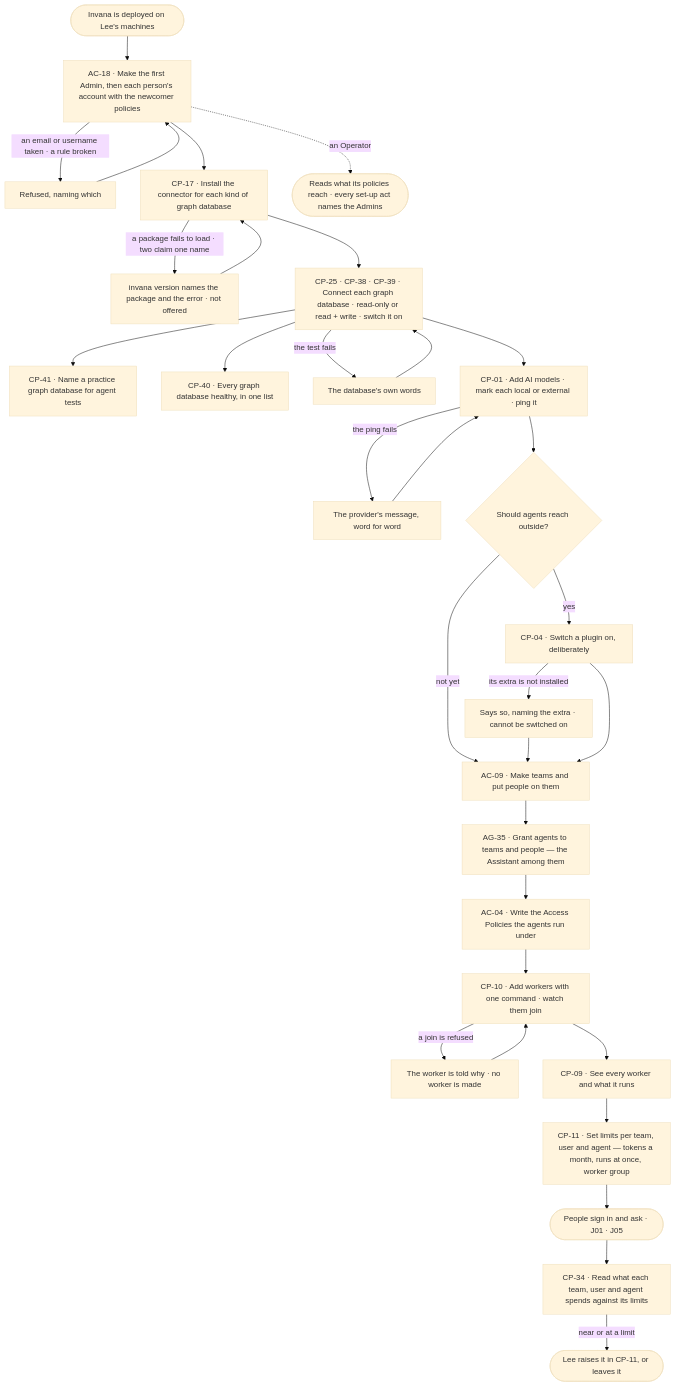
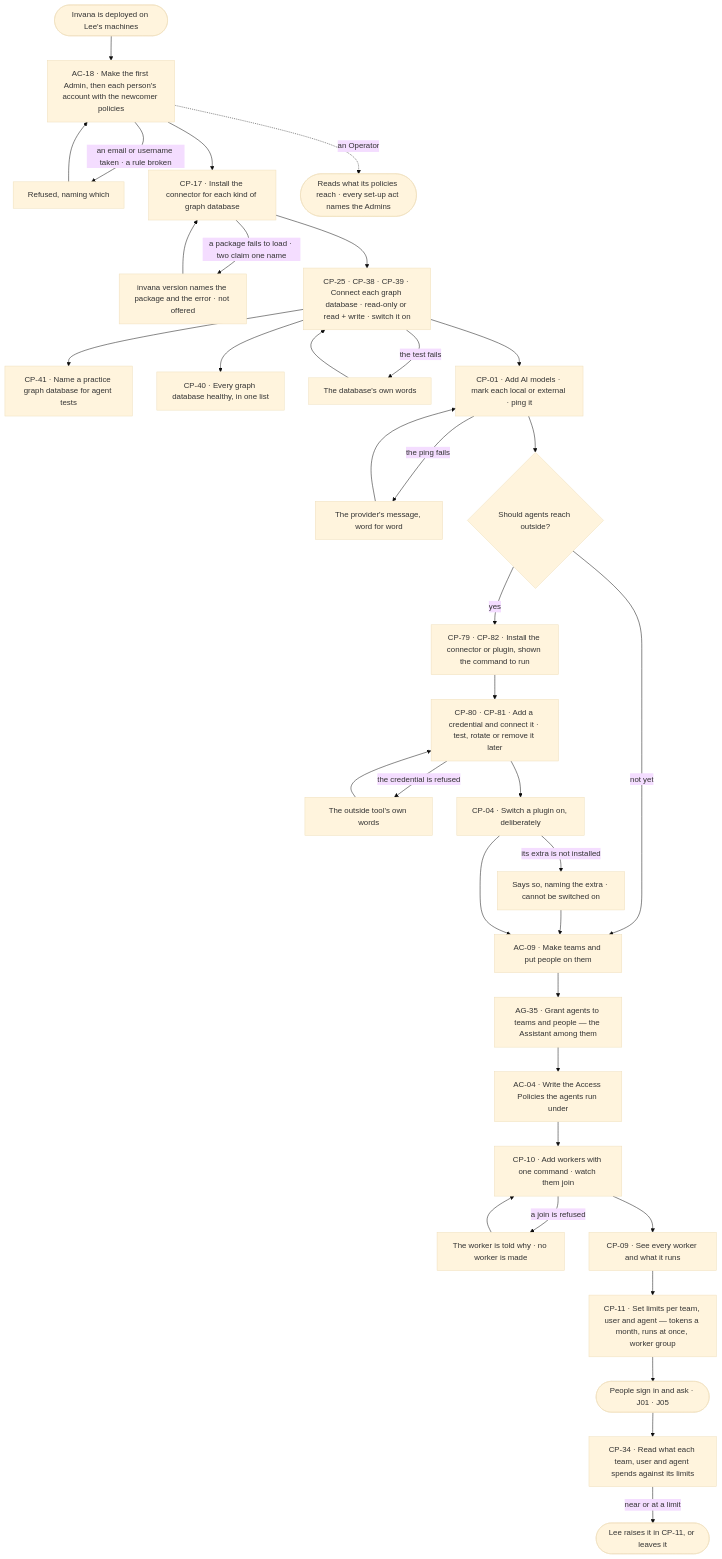
One commit to invana/invana changed the diagram in specs/journeys/J07-ready-a-deployment.md. Above: the diagram before and after it, drawn with Mermaid (base theme). The commit also changed other lines of this file and 25 other files, not shown here.

````diff
--- a/specs/journeys/J07-ready-a-deployment.md
+++ b/specs/journeys/J07-ready-a-deployment.md
@@ -17,28 +17,31 @@
 ```mermaid
 flowchart TD
   A([Invana is deployed on Lee's machines]) --> B["AC-18 · Make the first Admin, then each person's account with the newcomer policies"]
   B -->|an email or username taken · a rule broken| B1["Refused, naming which"] --> B
   B --> C["CP-17 · Install the connector for each kind of graph database"]
   C -->|a package fails to load · two claim one name| C1["invana version names the package and the error · not offered"] --> C
   C --> D["CP-25 · CP-38 · CP-39 · Connect each graph database · read-only or read + write · switch it on"]
   D --> D2["CP-41 · Name a practice graph database for agent tests"]
   D --> D3["CP-40 · Every graph database healthy, in one list"]
   D -->|the test fails| D1["The database's own words"] --> D
   D --> E["CP-01 · Add AI models · mark each local or external · ping it"]
   E -->|the ping fails| E1["The provider's message, word for word"] --> E
   E --> F{"Should agents reach outside?"}
-  F -->|yes| F2["CP-04 · Switch a plugin on, deliberately"]
+  F -->|yes| F1["CP-79 · CP-82 · Install the connector or plugin, shown the command to run"]
   F -->|not yet| T
+  F1 --> F4["CP-80 · CP-81 · Add a credential and connect it · test, rotate or remove it later"]
+  F4 -->|the credential is refused| F5["The outside tool's own words"] --> F4
+  F4 --> F2["CP-04 · Switch a plugin on, deliberately"]
   F2 -->|its extra is not installed| F3["Says so, naming the extra · cannot be switched on"] --> T
   F2 --> T["AC-09 · Make teams and put people on them"]
   T --> G["AG-35 · Grant agents to teams and people — the Assistant among them"]
   G --> P["AC-04 · Write the Access Policies the agents run under"]
   P --> W["CP-10 · Add workers with one command · watch them join"]
   W -->|a join is refused| W1["The worker is told why · no worker is made"] --> W
   W --> H["CP-09 · See every worker and what it runs"]
   H --> I["CP-11 · Set limits per team, user and agent — tokens a month, runs at once, worker group"]
   I --> J(["People sign in and ask · J01 · J05"])
   J --> K["CP-34 · Read what each team, user and agent spends against its limits"]
   K -->|near or at a limit| L(["Lee raises it in CP-11, or leaves it"])
   B -.->|an Operator| N(["Reads what its policies reach · every set-up act names the Admins"])
 ```
````
